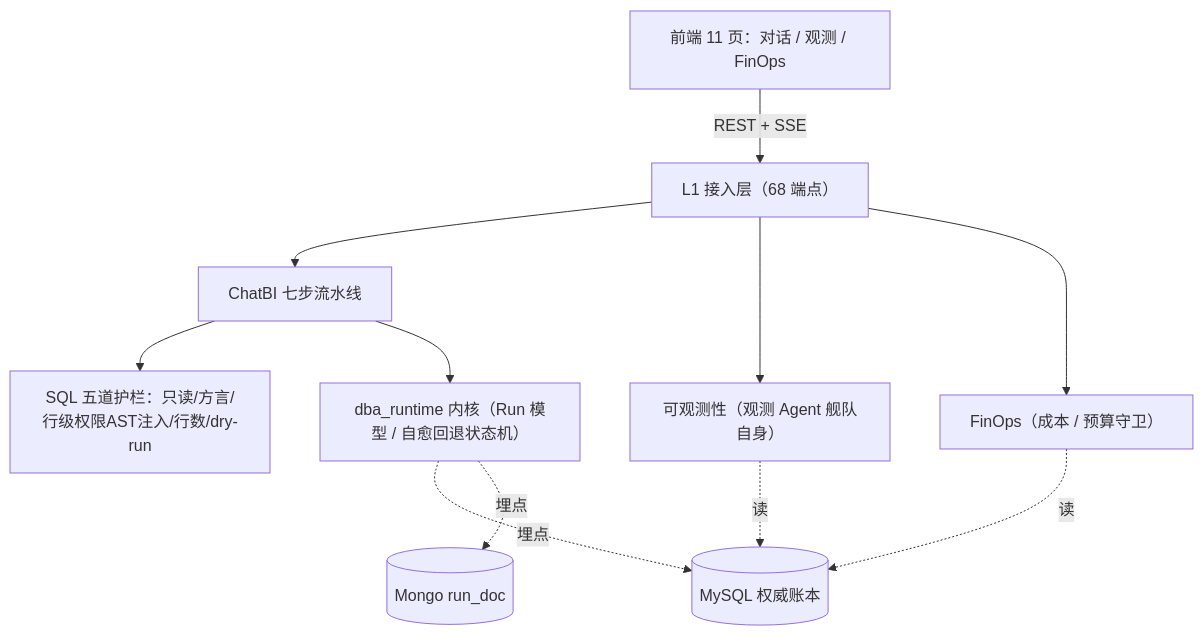
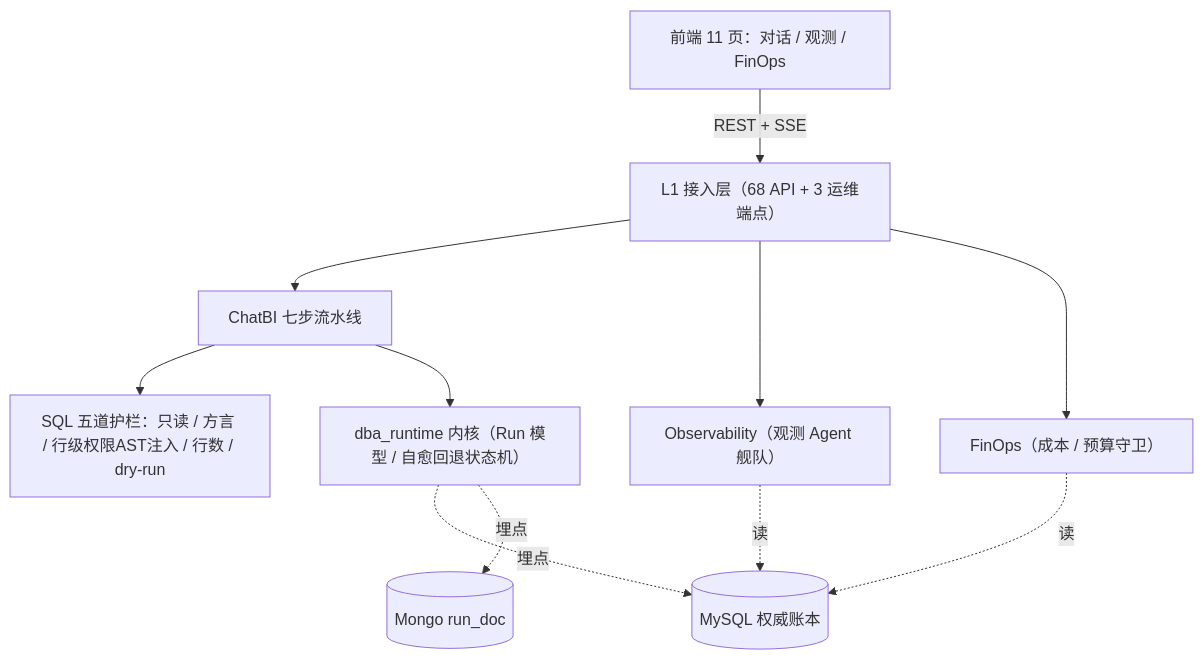
One commit to LZX842056112/dba-platform changed the diagram in README.md. Above: the diagram before and after it, drawn with Mermaid. The commit also changed other lines of this file, not shown here.

````diff
--- a/README.md
+++ b/README.md
@@ -35,13 +54,13 @@
 ```mermaid
 graph TD
-    FE["前端 11 页：对话 / 观测 / FinOps"] -->|REST + SSE| API["L1 接入层（68 端点）"]
+    FE["前端 11 页：对话 / 观测 / FinOps"] -->|REST + SSE| API["L1 接入层（68 API + 3 运维端点）"]
     API --> CHATBI["ChatBI 七步流水线"]
-    API --> OBS["可观测性（观测 Agent 舰队自身）"]
+    API --> OBS["Observability（观测 Agent 舰队）"]
     API --> FNOPS["FinOps（成本 / 预算守卫）"]
-    CHATBI --> GUARD["SQL 五道护栏：只读/方言/行级权限AST注入/行数/dry-run"]
+    CHATBI --> GUARD["SQL 五道护栏：只读 / 方言 / 行级权限AST注入 / 行数 / dry-run"]
     CHATBI --> RT["dba_runtime 内核（Run 模型 / 自愈回退状态机）"]
     RT -.埋点.-> MySQL[(MySQL 权威账本)]
     RT -.埋点.-> Mongo[(Mongo run_doc)]
     OBS -.读.-> MySQL
     FNOPS -.读.-> MySQL
 ```
````
